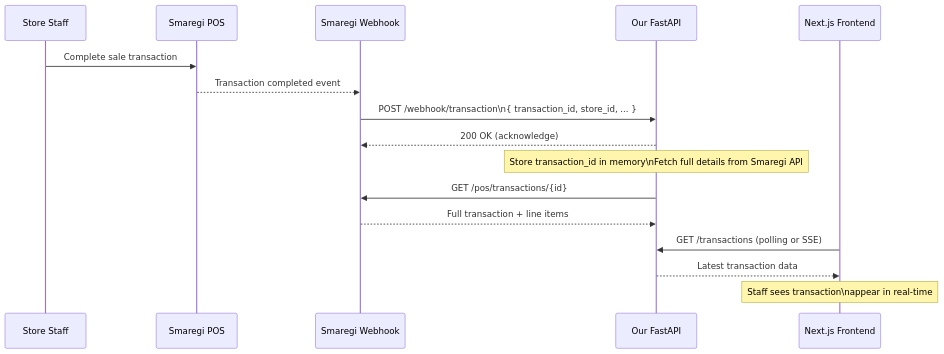
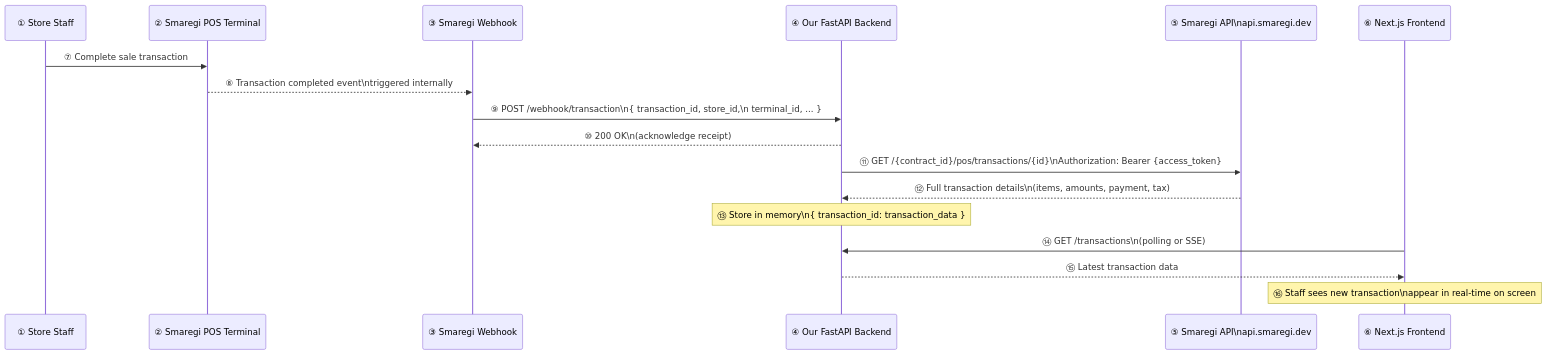
The third of 3 diagrams in SMAREGI_INTEGRATION.md (navingurung/samurai-tax-ProjectNotes-and-codeBackups), drawn with Mermaid before and after one commit. The commit also changed other lines of this file, not shown here.

````diff
--- a/SMAREGI_INTEGRATION.md
+++ b/SMAREGI_INTEGRATION.md
@@ -70,22 +86,29 @@
 ```mermaid
 sequenceDiagram
-    participant Staff as Store Staff
-    participant POS as Smaregi POS
-    participant WH as Smaregi Webhook
-    participant API as Our FastAPI
-    participant FE as Next.js Frontend
+    participant ST as ① Store Staff
+    participant POS as ② Smaregi POS Terminal
+    participant WH as ③ Smaregi Webhook
+    participant API as ④ Our FastAPI Backend
+    participant SA as ⑤ Smaregi API\napi.smaregi.dev
+    participant FE as ⑥ Next.js Frontend
 
-    Staff->>POS: Complete sale transaction
-    POS-->>WH: Transaction completed event
-    WH->>API: POST /webhook/transaction\n{ transaction_id, store_id, ... }
-    API-->>WH: 200 OK (acknowledge)
+    ST->>POS: ⑦ Complete sale transaction
 
-    Note over API: Store transaction_id in memory\nFetch full details from Smaregi API
+    POS-->>WH: ⑧ Transaction completed event\ntriggered internally
 
-    API->>WH: GET /pos/transactions/{id}
-    WH-->>API: Full transaction + line items
+    WH->>API: ⑨ POST /webhook/transaction\n{ transaction_id, store_id,\n  terminal_id, ... }
 
-    FE->>API: GET /transactions (polling or SSE)
-    API-->>FE: Latest transaction data
-    Note over FE: Staff sees transaction\nappear in real-time
+    API-->>WH: ⑩ 200 OK\n(acknowledge receipt)
+
+    API->>SA: ⑪ GET /{contract_id}/pos/transactions/{id}\nAuthorization: Bearer {access_token}
+
+    SA-->>API: ⑫ Full transaction details\n(items, amounts, payment, tax)
+
+    Note over API: ⑬ Store in memory\n{ transaction_id: transaction_data }
+
+    FE->>API: ⑭ GET /transactions\n(polling or SSE)
+
+    API-->>FE: ⑮ Latest transaction data
+
+    Note over FE: ⑯ Staff sees new transaction\nappear in real-time on screen
 ```
````
